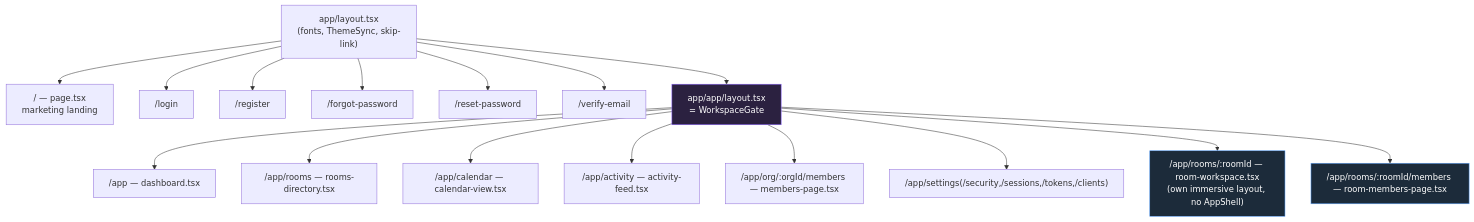
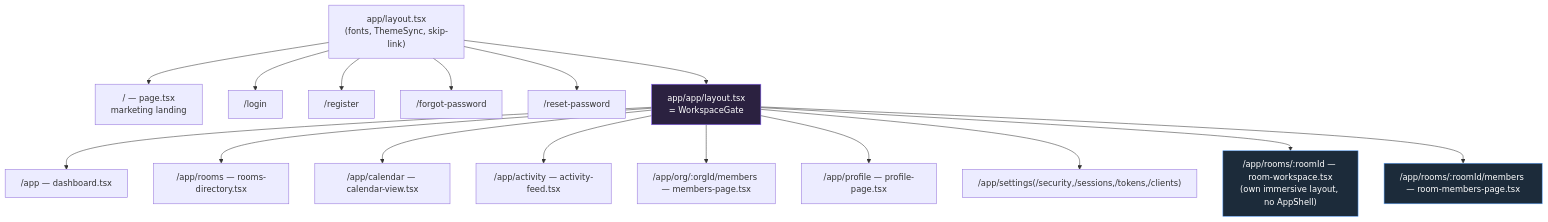
The first of 5 diagrams in docs/frontend.md (hoangsonww/Threadline-RealTime-Collab), drawn with Mermaid before and after one commit. The commit also changed other lines of this file and 26 other files, not shown here.

````diff
--- a/docs/frontend.md
+++ b/docs/frontend.md
@@ -55,23 +55,23 @@
 ```mermaid
 graph TD
     Root["app/layout.tsx<br/>(fonts, ThemeSync, skip-link)"] --> Landing["/ — page.tsx<br/>marketing landing"]
     Root --> Login["/login"]
     Root --> Register["/register"]
     Root --> Forgot["/forgot-password"]
     Root --> Reset["/reset-password"]
-    Root --> Verify["/verify-email"]
     Root --> AppLayout["app/app/layout.tsx<br/>= WorkspaceGate"]
 
     AppLayout --> Dashboard["/app — dashboard.tsx"]
     AppLayout --> Rooms["/app/rooms — rooms-directory.tsx"]
     AppLayout --> Calendar["/app/calendar — calendar-view.tsx"]
     AppLayout --> Activity["/app/activity — activity-feed.tsx"]
     AppLayout --> OrgMembers["/app/org/:orgId/members — members-page.tsx"]
+    AppLayout --> Profile["/app/profile — profile-page.tsx"]
     AppLayout --> Settings["/app/settings(/security,/sessions,/tokens,/clients)"]
     AppLayout --> Room["/app/rooms/:roomId — room-workspace.tsx<br/>(own immersive layout, no AppShell)"]
     AppLayout --> RoomMembers["/app/rooms/:roomId/members — room-members-page.tsx"]
 
     style AppLayout fill:#2b2140,stroke:#8a63ff,color:#fff
     style Room fill:#1c2b3a,stroke:#5ca4ff,color:#fff
     style RoomMembers fill:#1c2b3a,stroke:#5ca4ff,color:#fff
 ```
````
